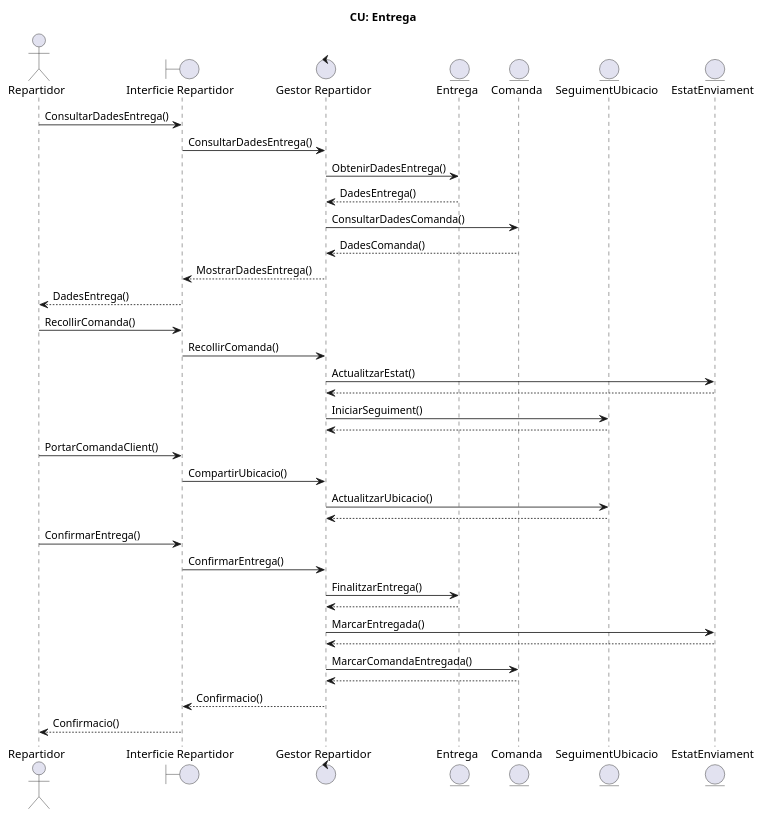
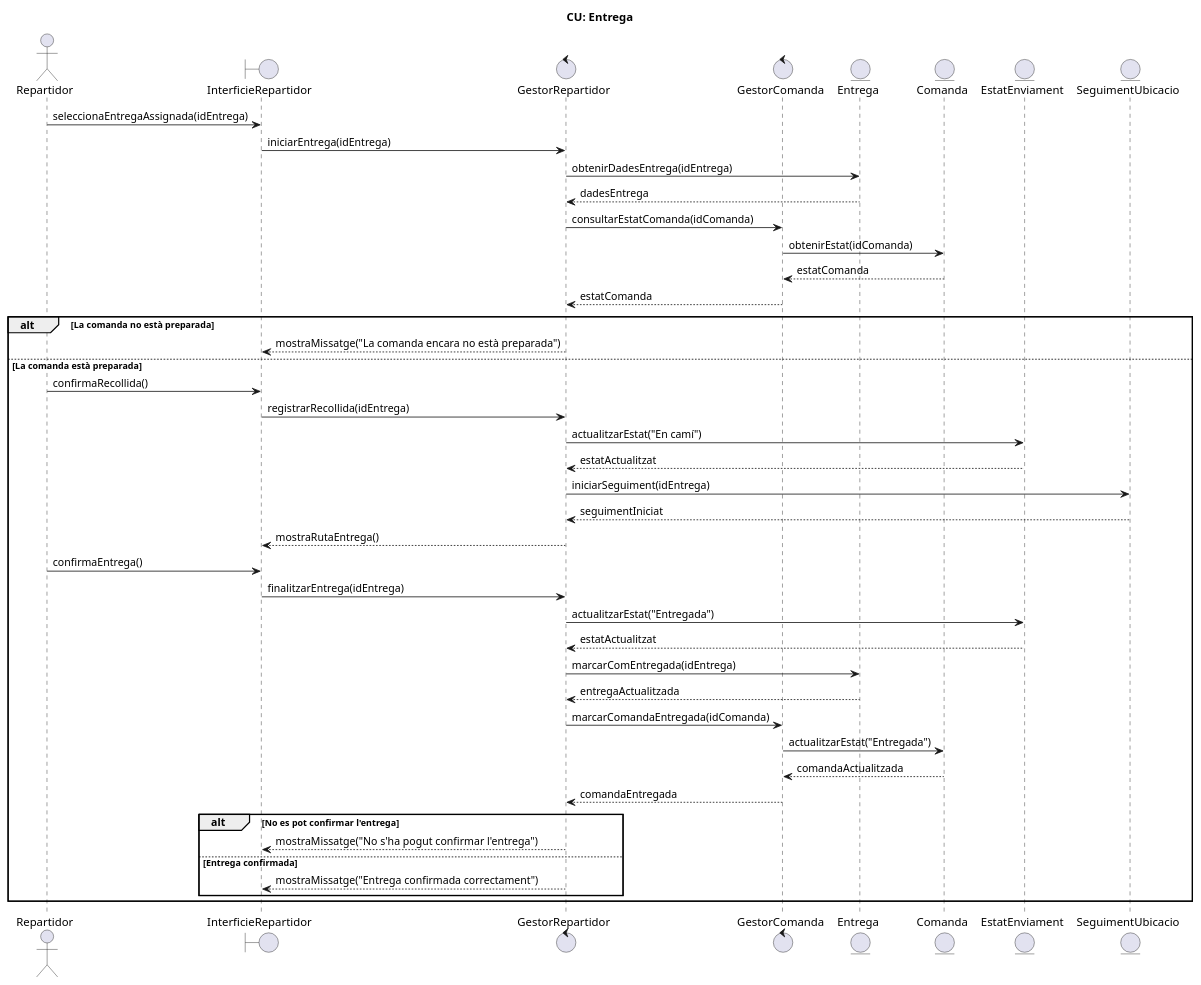
One commit to AndresVT24/ES23UAB-411-5 changed the diagram in others/sprint4/plantuml/repartidor_Entrega.puml. Above: the diagram before and after it, drawn with PlantUML. The commit also changed 13 other files, not shown here.

Commit message:
diagramas

```diff
--- a/others/sprint4/plantuml/repartidor_Entrega.puml
+++ b/others/sprint4/plantuml/repartidor_Entrega.puml
@@ -1,55 +1,64 @@
 @startuml
 title CU: Entrega
 
 actor Repartidor
 
-boundary "Interficie Repartidor" as Interficie
-control "Gestor Repartidor" as Gestor
-entity "Entrega" as Entrega
-entity "Comanda" as Comanda
-entity "SeguimentUbicacio" as SeguimentUbicacio
-entity "EstatEnviament" as EstatEnviament
+boundary InterficieRepartidor
+control GestorRepartidor
 
-Repartidor -> Interficie : ConsultarDadesEntrega()
-Interficie -> Gestor : ConsultarDadesEntrega()
+control GestorComanda
 
-Gestor -> Entrega : ObtenirDadesEntrega()
-Entrega --> Gestor : DadesEntrega()
+entity Entrega
+entity Comanda
+entity EstatEnviament
+entity SeguimentUbicacio
 
-Gestor -> Comanda : ConsultarDadesComanda()
-Comanda --> Gestor : DadesComanda()
+Repartidor -> InterficieRepartidor : seleccionaEntregaAssignada(idEntrega)
+InterficieRepartidor -> GestorRepartidor : iniciarEntrega(idEntrega)
 
-Gestor --> Interficie : MostrarDadesEntrega()
-Interficie --> Repartidor : DadesEntrega()
+GestorRepartidor -> Entrega : obtenirDadesEntrega(idEntrega)
+Entrega --> GestorRepartidor : dadesEntrega
 
-Repartidor -> Interficie : RecollirComanda()
-Interficie -> Gestor : RecollirComanda()
+GestorRepartidor -> GestorComanda : consultarEstatComanda(idComanda)
+GestorComanda -> Comanda : obtenirEstat(idComanda)
+Comanda --> GestorComanda : estatComanda
+GestorComanda --> GestorRepartidor : estatComanda
 
-Gestor -> EstatEnviament : ActualitzarEstat()
-EstatEnviament --> Gestor
+alt La comanda no està preparada
+    GestorRepartidor --> InterficieRepartidor : mostraMissatge("La comanda encara no està preparada")
 
-Gestor -> SeguimentUbicacio : IniciarSeguiment()
-SeguimentUbicacio --> Gestor
+else La comanda està preparada
+    Repartidor -> InterficieRepartidor : confirmaRecollida()
+    InterficieRepartidor -> GestorRepartidor : registrarRecollida(idEntrega)
 
-Repartidor -> Interficie : PortarComandaClient()
-Interficie -> Gestor : CompartirUbicacio()
+    GestorRepartidor -> EstatEnviament : actualitzarEstat("En camí")
+    EstatEnviament --> GestorRepartidor : estatActualitzat
 
-Gestor -> SeguimentUbicacio : ActualitzarUbicacio()
-SeguimentUbicacio --> Gestor
+    GestorRepartidor -> SeguimentUbicacio : iniciarSeguiment(idEntrega)
+    SeguimentUbicacio --> GestorRepartidor : seguimentIniciat
 
-Repartidor -> Interficie : ConfirmarEntrega()
-Interficie -> Gestor : ConfirmarEntrega()
+    GestorRepartidor --> InterficieRepartidor : mostraRutaEntrega()
 
-Gestor -> Entrega : FinalitzarEntrega()
-Entrega --> Gestor
+    Repartidor -> InterficieRepartidor : confirmaEntrega()
+    InterficieRepartidor -> GestorRepartidor : finalitzarEntrega(idEntrega)
 
-Gestor -> EstatEnviament : MarcarEntregada()
-EstatEnviament --> Gestor
+    GestorRepartidor -> EstatEnviament : actualitzarEstat("Entregada")
+    EstatEnviament --> GestorRepartidor : estatActualitzat
 
-Gestor -> Comanda : MarcarComandaEntregada()
-Comanda --> Gestor
+    GestorRepartidor -> Entrega : marcarComEntregada(idEntrega)
+    Entrega --> GestorRepartidor : entregaActualitzada
 
-Gestor --> Interficie : Confirmacio()
-Interficie --> Repartidor : Confirmacio()
+    GestorRepartidor -> GestorComanda : marcarComandaEntregada(idComanda)
+    GestorComanda -> Comanda : actualitzarEstat("Entregada")
+    Comanda --> GestorComanda : comandaActualitzada
+    GestorComanda --> GestorRepartidor : comandaEntregada
+
+    alt No es pot confirmar l'entrega
+        GestorRepartidor --> InterficieRepartidor : mostraMissatge("No s'ha pogut confirmar l'entrega")
+
+    else Entrega confirmada
+        GestorRepartidor --> InterficieRepartidor : mostraMissatge("Entrega confirmada correctament")
+    end
+end
 
 @enduml
```
